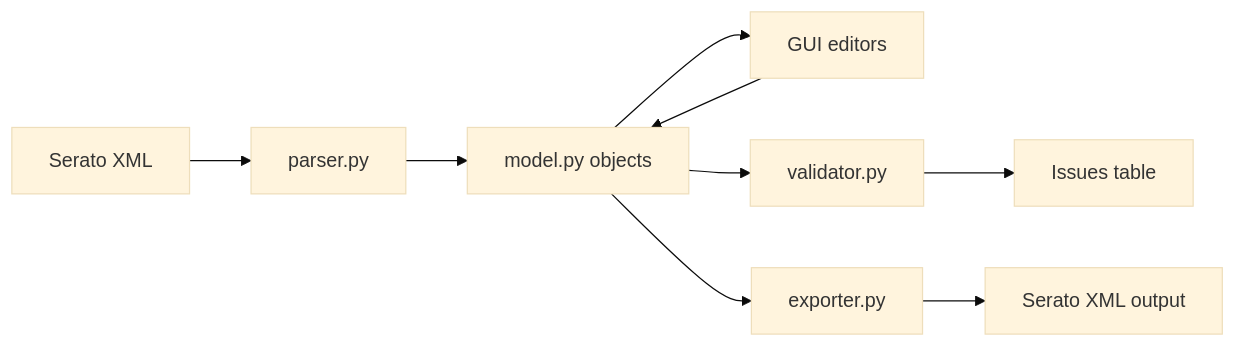
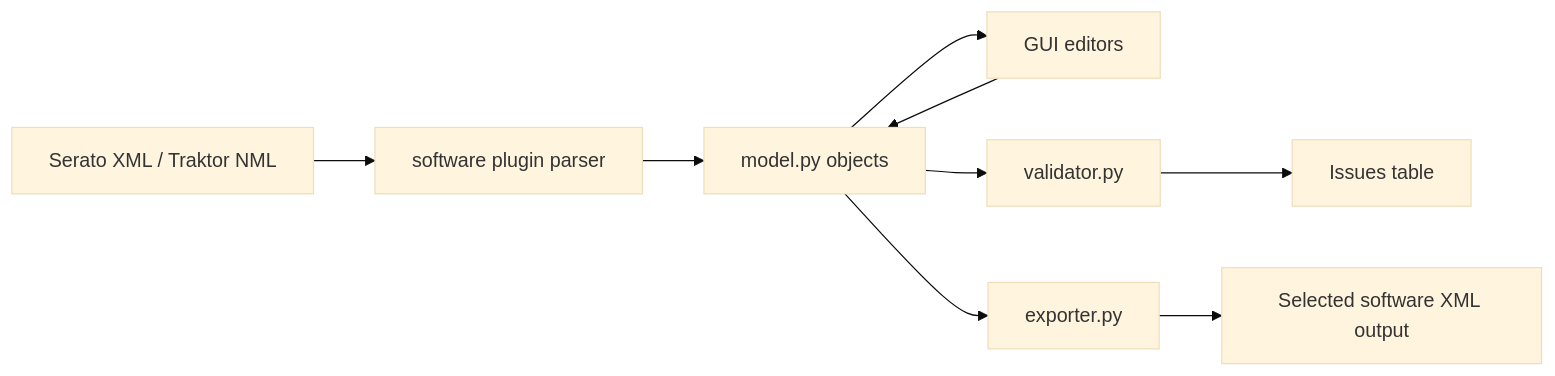
One commit to guillain/DJ-MIDI-Studio changed the first of 2 diagrams in docs/architecture.md. Above: the diagram before and after it, drawn with Mermaid (base theme). The commit also changed other lines of this file and 5 other files, not shown here.

````diff
--- a/docs/architecture.md
+++ b/docs/architecture.md
@@ -27,11 +29,11 @@
 ```mermaid
 flowchart LR
-    A[Serato XML] --> B[parser.py]
+    A[Serato XML / Traktor NML] --> B[software plugin parser]
     B --> C[model.py objects]
     C --> D[GUI editors]
     C --> E[validator.py]
     D --> C
     E --> F[Issues table]
     C --> G[exporter.py]
-    G --> H[Serato XML output]
+    G --> H[Selected software XML output]
 ```
````
